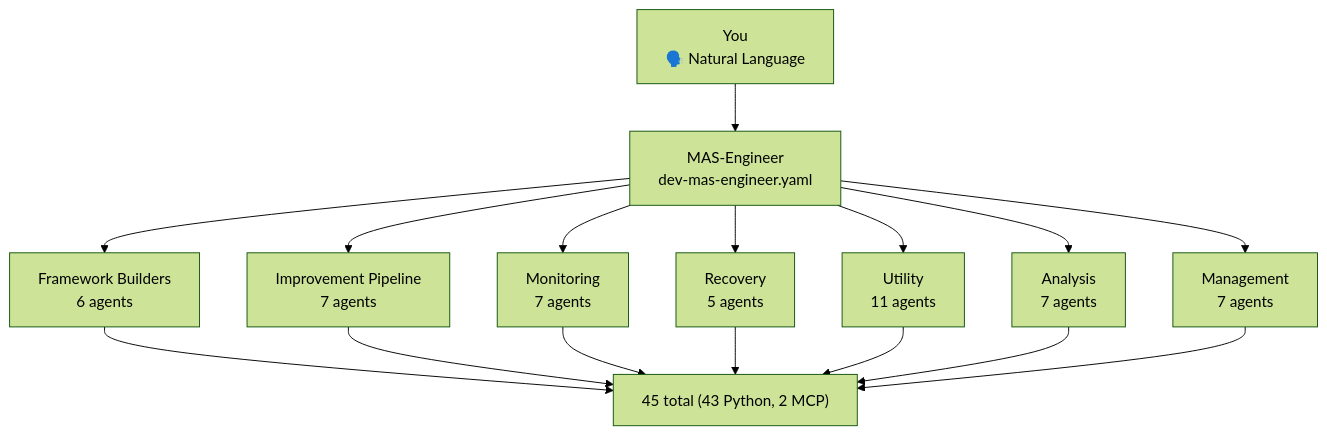
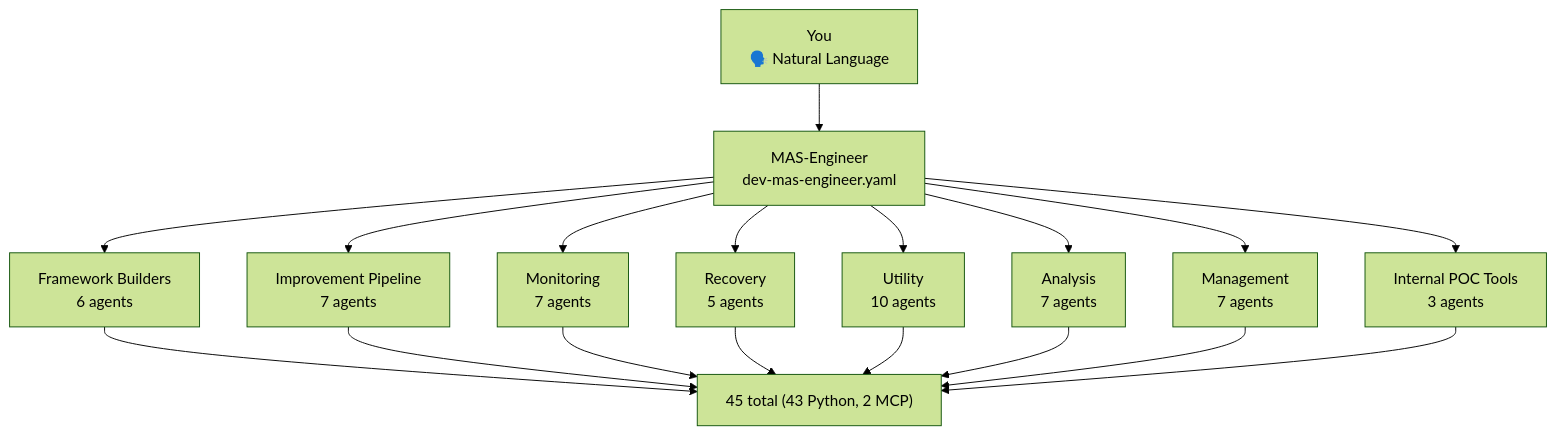
One commit to mczardybon/mas-engineer changed the second of 6 diagrams in README.md. Above: the diagram before and after it, drawn with Mermaid (forest theme). The commit also changed 1 other file, not shown here.

Commit message:
fix(docs): add missing 3 Internal POC Tools to catalog (49→52)
docs/agents.md listed 7 user-facing categories totaling 49 agents
(6+7+7+5+10+7+7), but mas-engineer/recipe/sub/ actually contains
52 sub_mas-*.yaml files. The 3 missing are MAS-internal POC tools
not in the original 7-category taxonomy:
  - sub_mas-demo-runner     (builds research-team demo + 14 tests)
  - sub_mas-pre-push-validator (gatekeeper, 8 checks before push)
  - sub_mas-team-packager   (bundles team as standalone package)

Changes:
- docs/agents.md: add 8th pie slice 'Internal POC Tools: 3' and a
  new section 'Internal POC Tools (3 agents)' with the 3 agents.
- README.md: fix Mermaid diagram — 'Utility: 11 agents' was wrong
  (actually 10), and add 8th node 'Internal POC Tools: 3 agents'
  so the 8 categories now sum to exactly 52.

Verified: ls mas-engineer/recipe/sub/sub_mas-*.yaml | wc -l = 52.
Pre-push validator: 8/8 PASS, STATUS: OK.

````diff
--- a/README.md
+++ b/README.md
@@ -252,12 +252,13 @@
 ```mermaid
 flowchart TD
     YOU["You\n🗣️ Natural Language"] --> ENGINEER["MAS-Engineer\ndev-mas-engineer.yaml"]
     ENGINEER --> FB["Framework Builders\n6 agents"]
     ENGINEER --> IP["Improvement Pipeline\n7 agents"]
     ENGINEER --> MON["Monitoring\n7 agents"]
     ENGINEER --> REC["Recovery\n5 agents"]
-    ENGINEER --> UT["Utility\n11 agents"]
+    ENGINEER --> UT["Utility\n10 agents"]
     ENGINEER --> AN["Analysis\n7 agents"]
     ENGINEER --> MG["Management\n7 agents"]
-    FB & IP & MON & REC & UT & AN & MG --> TOOLS["45 total (43 Python, 2 MCP)"]
+    ENGINEER --> POC["Internal POC Tools\n3 agents"]
+    FB & IP & MON & REC & UT & AN & MG & POC --> TOOLS["45 total (43 Python, 2 MCP)"]
 ```
````
